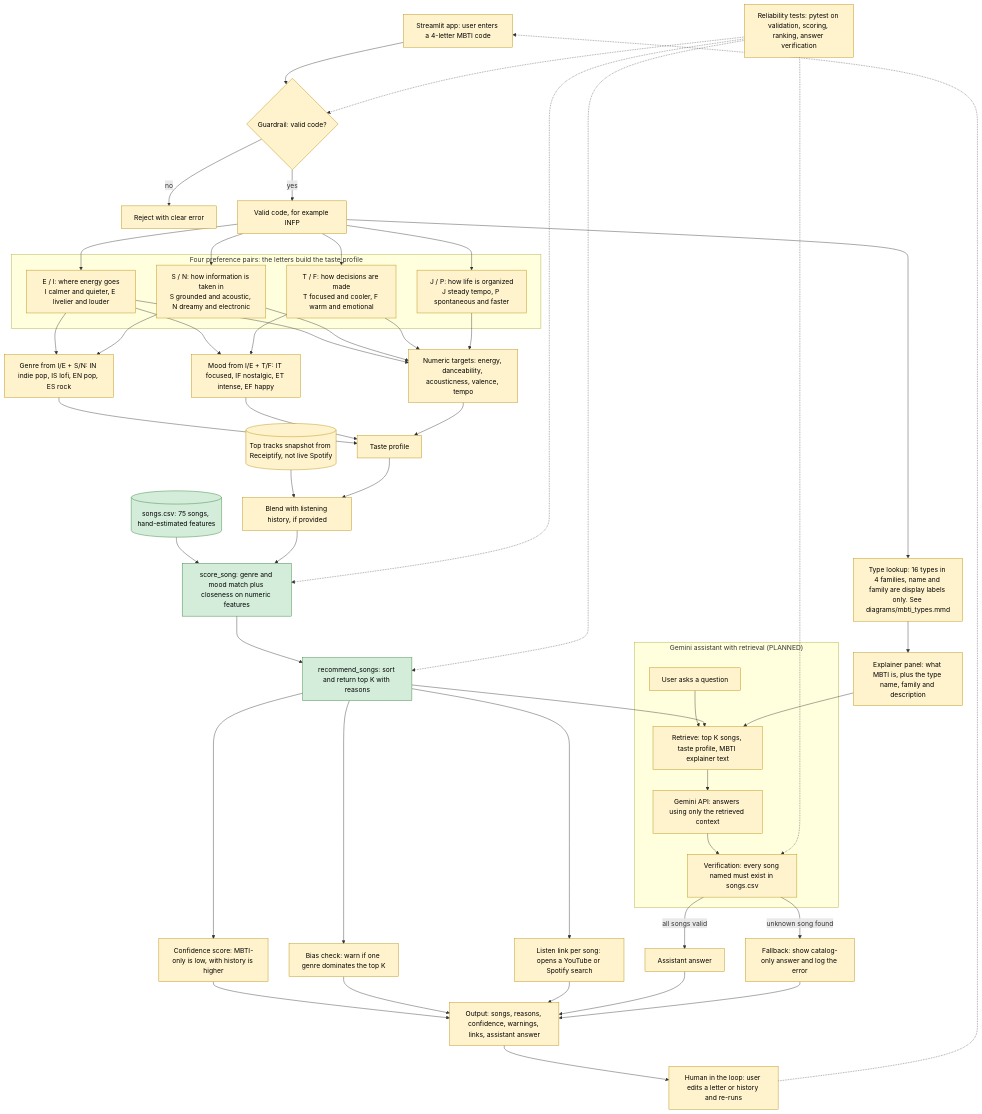
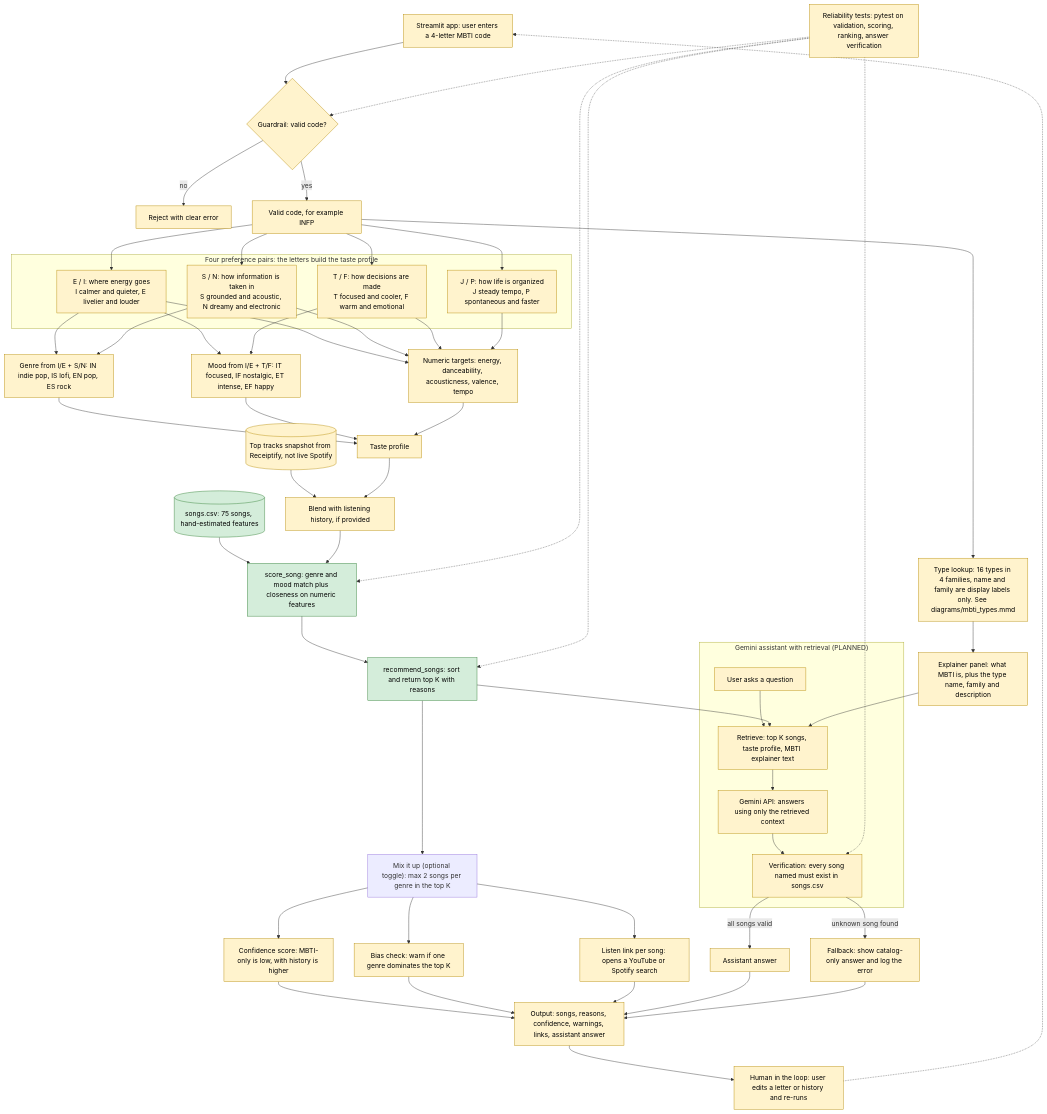
One commit to stylecoff/applied-ai-system-project-music-recommender changed the diagram in diagrams/architecture.mmd. Above: the diagram before and after it, drawn with Mermaid. The commit also changed 17 other files, not shown here.

```diff
--- a/diagrams/architecture.mmd
+++ b/diagrams/architecture.mmd
@@ -1,75 +1,76 @@
 flowchart TD
     A["Streamlit app: user enters a 4-letter MBTI code"] --> G1{"Guardrail: valid code?"}
     G1 -- "no" --> ERR["Reject with clear error"]
     G1 -- "yes" --> CODE["Valid code, for example INFP"]
 
     subgraph PAIRS["Four preference pairs: the letters build the taste profile"]
         IE["E / I: where energy goes<br/>I calmer and quieter, E livelier and louder"]
         SN["S / N: how information is taken in<br/>S grounded and acoustic, N dreamy and electronic"]
         TF["T / F: how decisions are made<br/>T focused and cooler, F warm and emotional"]
         JP["J / P: how life is organized<br/>J steady tempo, P spontaneous and faster"]
     end
 
     CODE --> IE
     CODE --> SN
     CODE --> TF
     CODE --> JP
 
     IE --> GENRE["Genre from I/E + S/N: IN indie pop, IS lofi, EN pop, ES rock"]
     SN --> GENRE
     IE --> MOOD["Mood from I/E + T/F: IT focused, IF nostalgic, ET intense, EF happy"]
     TF --> MOOD
     IE --> NUM["Numeric targets: energy, danceability, acousticness, valence, tempo"]
     SN --> NUM
     TF --> NUM
     JP --> NUM
     GENRE --> PROFILE["Taste profile"]
     MOOD --> PROFILE
     NUM --> PROFILE
 
     CODE --> TYPEINFO["Type lookup: 16 types in 4 families, name and family are display labels only. See diagrams/mbti_types.mmd"]
     TYPEINFO --> EXPL["Explainer panel: what MBTI is, plus the type name, family and description"]
 
     HIST[("Top tracks snapshot from Receiptify, not live Spotify")] --> BL["Blend with listening history, if provided"]
     PROFILE --> BL
 
     CSV[("songs.csv: 75 songs, hand-estimated features")] --> SCORE
     BL --> SCORE["score_song: genre and mood match plus closeness on numeric features"]
     SCORE --> RANK["recommend_songs: sort and return top K with reasons"]
 
-    RANK --> CONF["Confidence score: MBTI-only is low, with history is higher"]
-    RANK --> BIAS["Bias check: warn if one genre dominates the top K"]
-    RANK --> LISTEN["Listen link per song: opens a YouTube or Spotify search"]
+        RANK --> DIV["Mix it up (optional toggle): max 2 songs per genre in the top K"]
+    DIV --> CONF["Confidence score: MBTI-only is low, with history is higher"]
+    DIV --> BIAS["Bias check: warn if one genre dominates the top K"]
+    DIV --> LISTEN["Listen link per song: opens a YouTube or Spotify search"]
 
     subgraph RAG["Gemini assistant with retrieval (PLANNED)"]
         ASK["User asks a question"]
         RET["Retrieve: top K songs, taste profile, MBTI explainer text"]
         GEM["Gemini API: answers using only the retrieved context"]
         VER["Verification: every song named must exist in songs.csv"]
     end
 
     ASK --> RET
     RANK --> RET
     EXPL --> RET
     RET --> GEM
     GEM --> VER
     VER -- "unknown song found" --> FALL["Fallback: show catalog-only answer and log the error"]
     VER -- "all songs valid" --> ANS["Assistant answer"]
 
     CONF --> OUT["Output: songs, reasons, confidence, warnings, links, assistant answer"]
     BIAS --> OUT
     LISTEN --> OUT
     ANS --> OUT
     FALL --> OUT
     OUT --> HITL["Human in the loop: user edits a letter or history and re-runs"]
     HITL -.-> A
 
     TESTS["Reliability tests: pytest on validation, scoring, ranking, answer verification"] -.-> G1
     TESTS -.-> SCORE
     TESTS -.-> RANK
     TESTS -.-> VER
 
     classDef built fill:#d4edda,stroke:#2e7d32,color:#000
     classDef planned fill:#fff3cd,stroke:#b58900,color:#000
     class CSV,SCORE,RANK built
     class A,G1,ERR,CODE,IE,SN,TF,JP,GENRE,MOOD,NUM,PROFILE,TYPEINFO,EXPL,HIST,BL,CONF,BIAS,LISTEN,ASK,RET,GEM,VER,FALL,ANS,OUT,HITL,TESTS planned
```
